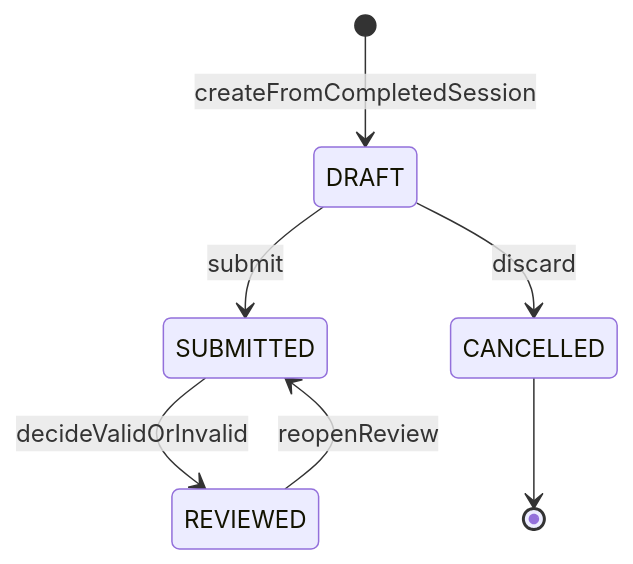
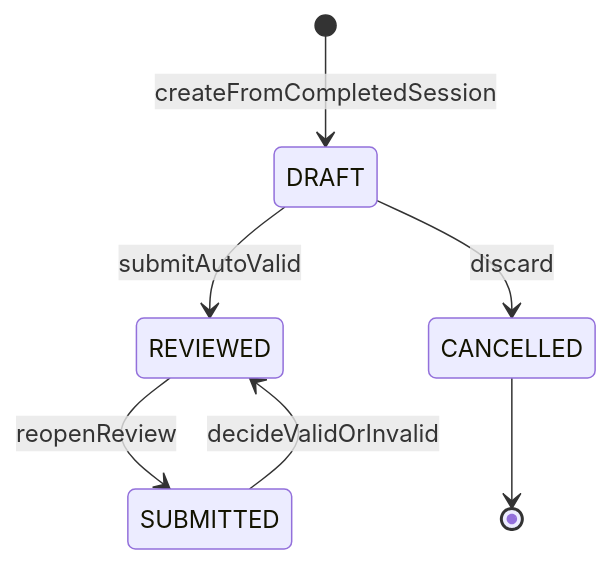
Before and after one commit to chchaiai/BNBU-Sports-Backend: the fifth of 11 diagrams in docs/backend-contracts/03-state-machines.md, drawn with Mermaid. The commit also changed other lines of this file and 56 other files, not shown here.

````diff
--- a/docs/backend-contracts/03-state-machines.md
+++ b/docs/backend-contracts/03-state-machines.md
@@ -349,9 +349,9 @@
 ```mermaid
 stateDiagram-v2
     [*] --> DRAFT: createFromCompletedSession
-    DRAFT --> SUBMITTED: submit
+    DRAFT --> REVIEWED: submitAutoValid
     DRAFT --> CANCELLED: discard
     SUBMITTED --> REVIEWED: decideValidOrInvalid
     REVIEWED --> SUBMITTED: reopenReview
     CANCELLED --> [*]
 ```
````
